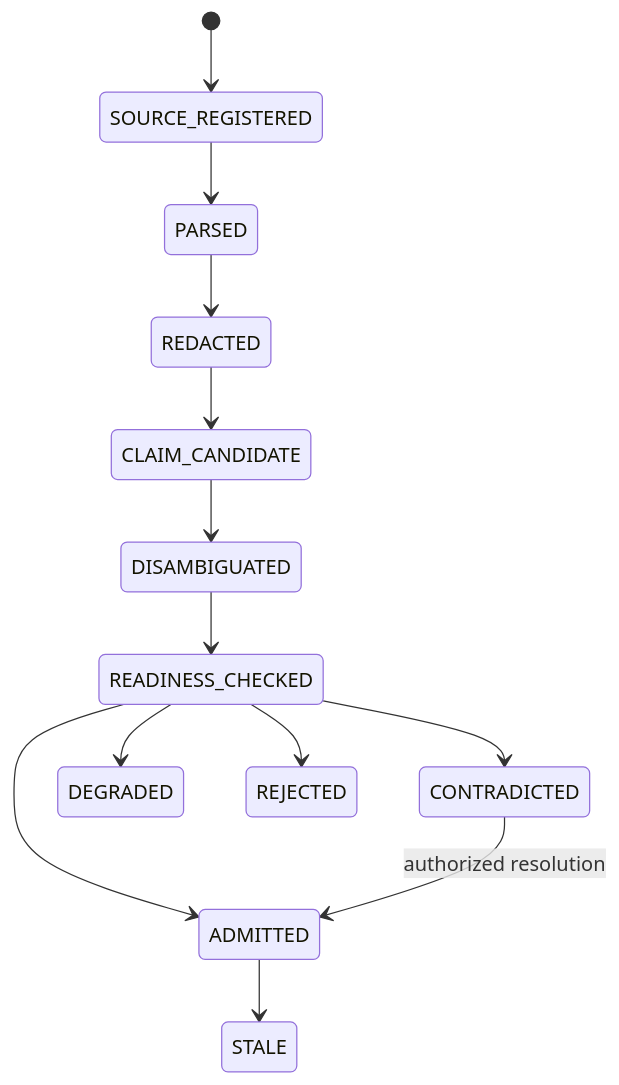
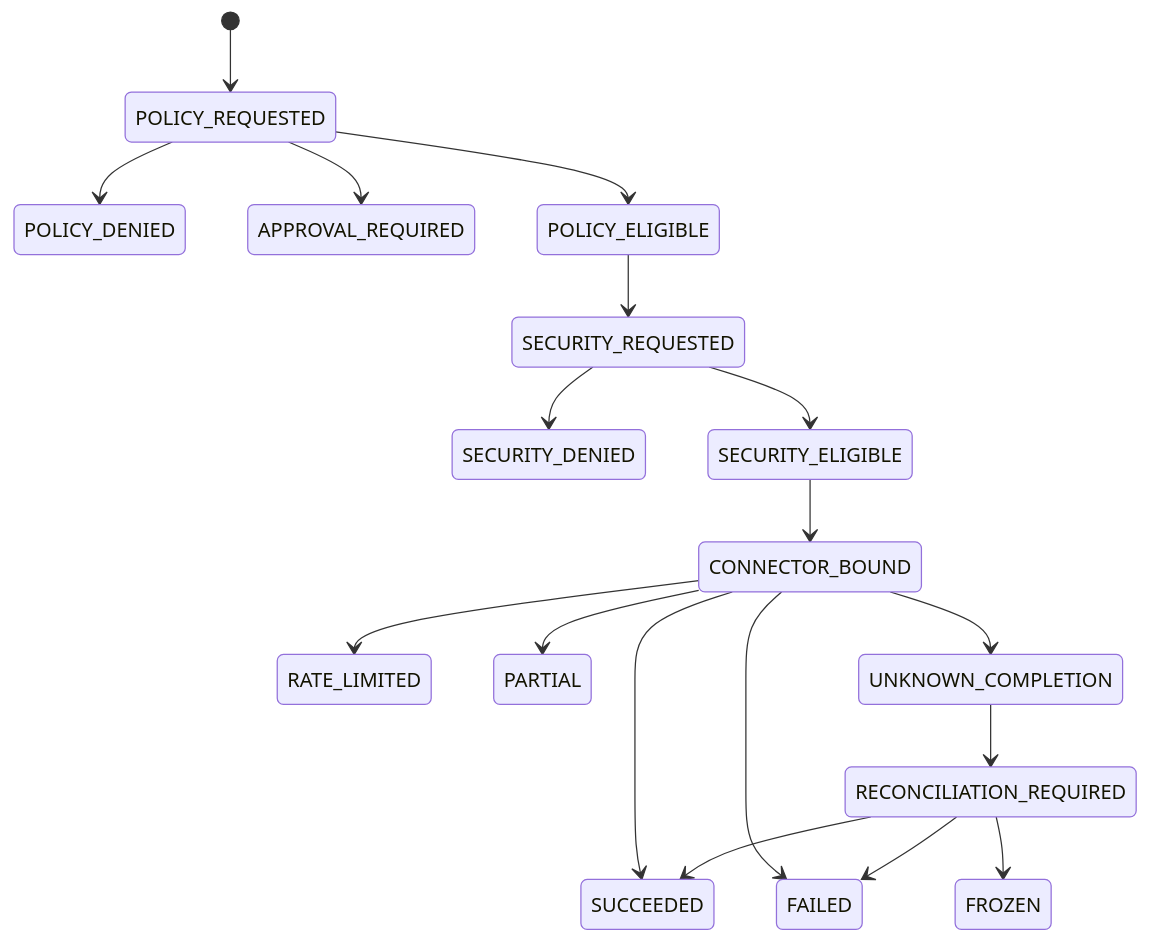
The third of 4 diagrams in docs/architecture/README.md (ed3c/fde-agent-platform), drawn with Mermaid before and after one commit. The commit also changed other lines of this file and 8 other files, not shown here.

First line of the commit message:
docs(architecture): reconcile Stage B4 closure and Agent map

````diff
--- a/docs/architecture/README.md
+++ b/docs/architecture/README.md
@@ -188,15 +144,20 @@
 ```mermaid
 stateDiagram-v2
-    [*] --> SOURCE_REGISTERED
-    SOURCE_REGISTERED --> PARSED
-    PARSED --> REDACTED
-    REDACTED --> CLAIM_CANDIDATE
-    CLAIM_CANDIDATE --> DISAMBIGUATED
-    DISAMBIGUATED --> READINESS_CHECKED
-    READINESS_CHECKED --> ADMITTED
-    READINESS_CHECKED --> CONTRADICTED
-    READINESS_CHECKED --> DEGRADED
-    READINESS_CHECKED --> REJECTED
-    ADMITTED --> STALE
-    CONTRADICTED --> ADMITTED: authorized resolution
+  [*] --> POLICY_REQUESTED
+  POLICY_REQUESTED --> POLICY_DENIED
+  POLICY_REQUESTED --> APPROVAL_REQUIRED
+  POLICY_REQUESTED --> POLICY_ELIGIBLE
+  POLICY_ELIGIBLE --> SECURITY_REQUESTED
+  SECURITY_REQUESTED --> SECURITY_DENIED
+  SECURITY_REQUESTED --> SECURITY_ELIGIBLE
+  SECURITY_ELIGIBLE --> CONNECTOR_BOUND
+  CONNECTOR_BOUND --> SUCCEEDED
+  CONNECTOR_BOUND --> FAILED
+  CONNECTOR_BOUND --> RATE_LIMITED
+  CONNECTOR_BOUND --> PARTIAL
+  CONNECTOR_BOUND --> UNKNOWN_COMPLETION
+  UNKNOWN_COMPLETION --> RECONCILIATION_REQUIRED
+  RECONCILIATION_REQUIRED --> SUCCEEDED
+  RECONCILIATION_REQUIRED --> FAILED
+  RECONCILIATION_REQUIRED --> FROZEN
 ```
````
